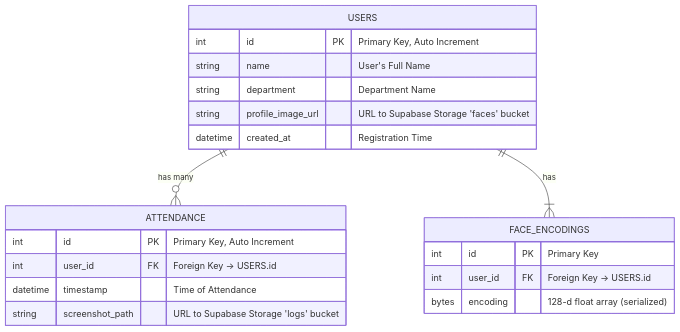
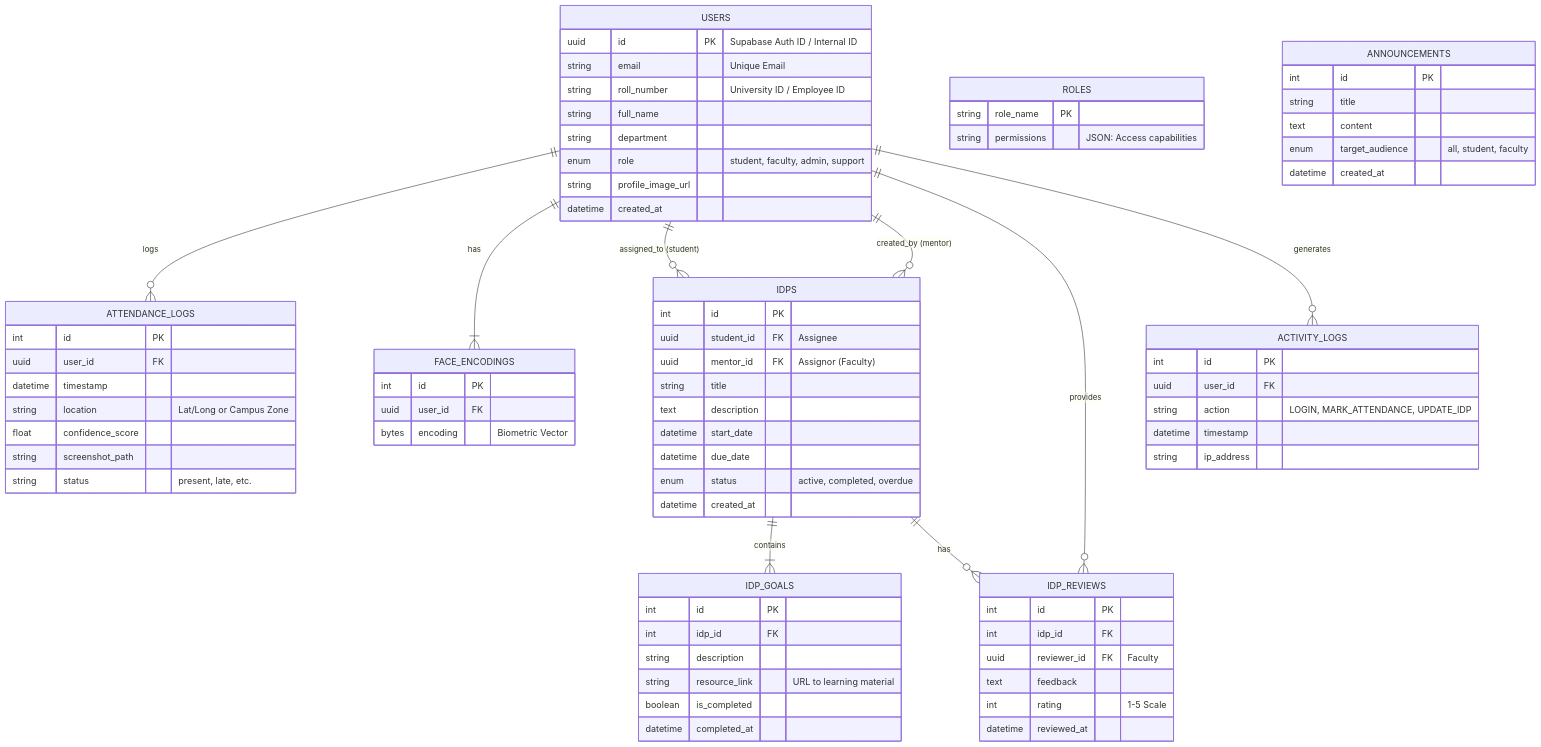
The diagram in documentation/ER_DIAGRAM.md (shivamhuyrr/face-attendance-system), drawn with Mermaid before and after one commit. The commit also changed other lines of this file and 25 other files, not shown here.

Commit message:
Configure Render automated deployment and add architectural docs

````diff
--- a/documentation/ER_DIAGRAM.md
+++ b/documentation/ER_DIAGRAM.md
@@ -5,27 +28,95 @@
 ```mermaid
 erDiagram
-    USERS ||--o{ ATTENDANCE : "has many"
-    
+    %% Core User Management %%
     USERS {
-        int id PK "Primary Key, Auto Increment"
-        string name "User's Full Name"
-        string department "Department Name"
-        string profile_image_url "URL to Supabase Storage 'faces' bucket"
-        datetime created_at "Registration Time"
+        uuid id PK "Supabase Auth ID / Internal ID"
+        string email "Unique Email"
+        string roll_number "University ID / Employee ID"
+        string full_name
+        string department
+        enum role "student, faculty, admin, support"
+        string profile_image_url
+        datetime created_at
     }
 
-    ATTENDANCE {
-        int id PK "Primary Key, Auto Increment"
-        int user_id FK "Foreign Key -> USERS.id"
-        datetime timestamp "Time of Attendance"
-        string screenshot_path "URL to Supabase Storage 'logs' bucket"
+    ROLES {
+        string role_name PK
+        string permissions "JSON: Access capabilities"
     }
 
+    %% Biometrics & Attendance %%
     FACE_ENCODINGS {
-        int id PK "Primary Key"
-        int user_id FK "Foreign Key -> USERS.id"
-        bytes encoding "128-d float array (serialized)"
+        int id PK
+        uuid user_id FK
+        bytes encoding "Biometric Vector"
     }
+
+    ATTENDANCE_LOGS {
+        int id PK
+        uuid user_id FK
+        datetime timestamp
+        string location "Lat/Long or Campus Zone"
+        float confidence_score
+        string screenshot_path
+        string status "present, late, etc."
+    }
+
+    %% IDP (Individual Development Plan) Module %%
+    IDPS {
+        int id PK
+        uuid student_id FK "Assignee"
+        uuid mentor_id FK "Assignor (Faculty)"
+        string title
+        text description
+        datetime start_date
+        datetime due_date
+        enum status "active, completed, overdue"
+        datetime created_at
+    }
+
+    IDP_GOALS {
+        int id PK
+        int idp_id FK
+        string description
+        string resource_link "URL to learning material"
+        boolean is_completed
+        datetime completed_at
+    }
+
+    IDP_REVIEWS {
+        int id PK
+        int idp_id FK
+        uuid reviewer_id FK "Faculty"
+        text feedback
+        int rating "1-5 Scale"
+        datetime reviewed_at
+    }
+
+    %% System Management %%
+    ANNOUNCEMENTS {
+        int id PK
+        string title
+        text content
+        enum target_audience "all, student, faculty"
+        datetime created_at
+    }
+
+    ACTIVITY_LOGS {
+        int id PK
+        uuid user_id FK
+        string action "LOGIN, MARK_ATTENDANCE, UPDATE_IDP"
+        datetime timestamp
+        string ip_address
+    }
+
+    %% Relationships %%
+    USERS ||--o{ ATTENDANCE_LOGS : "logs"
+    USERS ||--|{ FACE_ENCODINGS : "has"
+    USERS ||--o{ IDPS : "assigned_to (student)"
+    USERS ||--o{ IDPS : "created_by (mentor)"
+    USERS ||--o{ IDP_REVIEWS : "provides"
+    USERS ||--o{ ACTIVITY_LOGS : "generates"
     
-    USERS ||--|{ FACE_ENCODINGS : "has"
+    IDPS ||--|{ IDP_GOALS : "contains"
+    IDPS ||--o{ IDP_REVIEWS : "has"
 ```
````
